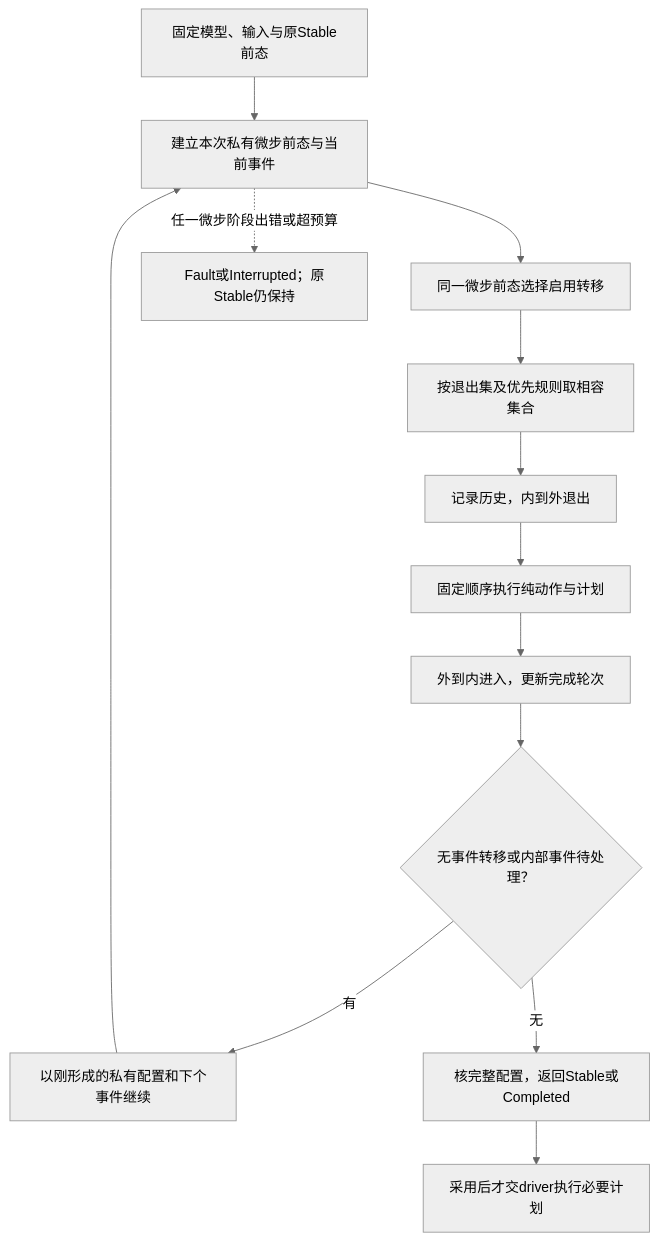
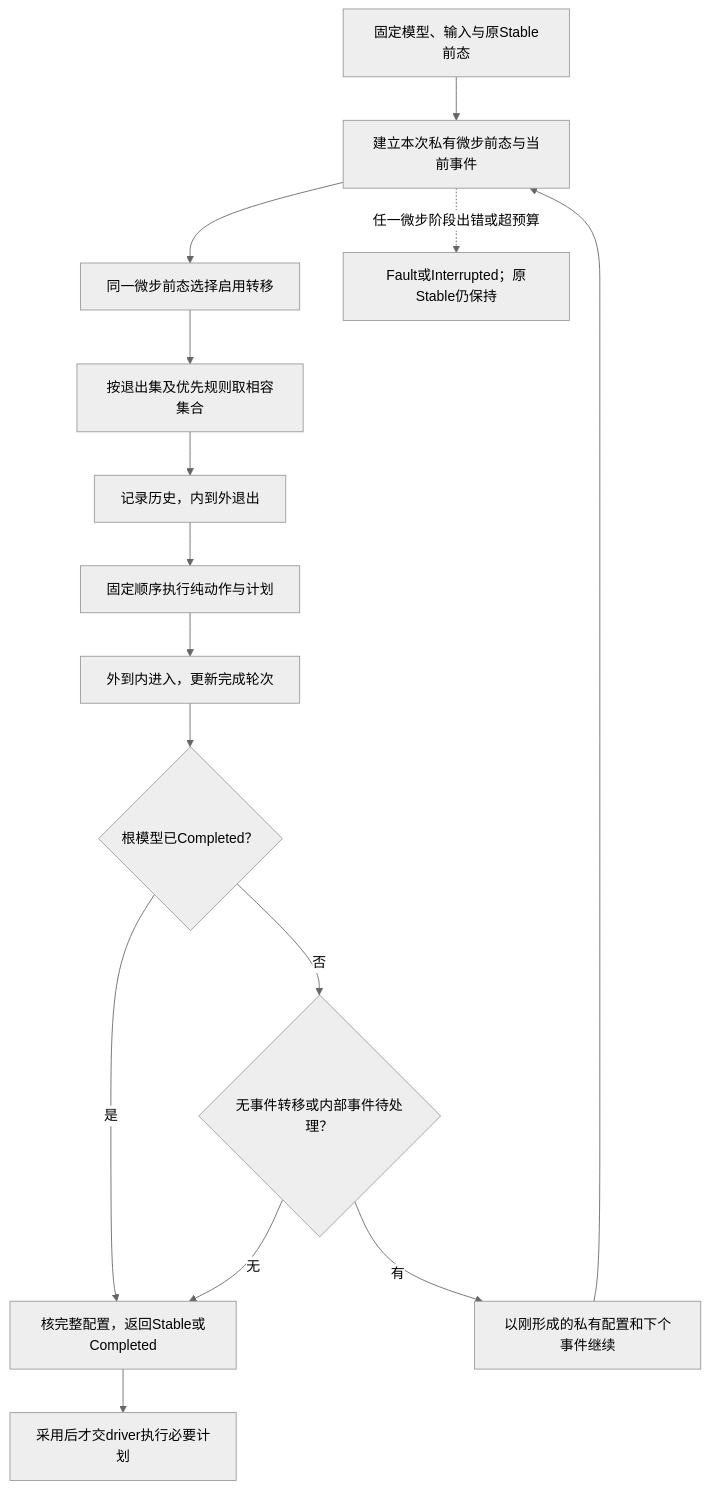
One commit to sec-platform/sec changed the second of 4 diagrams in docs/领域/状态关系与流/层级状态与事件.md. Above: the diagram before and after it, drawn with Mermaid (neutral theme). The commit also changed other lines of this file and 122 other files, not shown here.

First line of the commit message:
docs: unify system diagrams and remove redundant design text (#882)

````diff
--- a/docs/领域/状态关系与流/层级状态与事件.md
+++ b/docs/领域/状态关系与流/层级状态与事件.md
@@ -224,15 +224,17 @@
 ```mermaid
 flowchart TB
  Before["固定模型、输入与原Stable前态"] --> Work["建立本次私有微步前态与当前事件"]
  Work --> Select["同一微步前态选择启用转移"]
  Select --> Compatible["按退出集及优先规则取相容集合"]
  Compatible --> Exit["记录历史，内到外退出"]
  Exit --> Action["固定顺序执行纯动作与计划"]
  Action --> Enter["外到内进入，更新完成轮次"]
- Enter --> More{"无事件转移或内部事件待处理？"}
+ Enter --> completed{"根模型已Completed？"}
+ completed -->|是| Stable
+ completed -->|否| More{"无事件转移或内部事件待处理？"}
  More -->|有| Next["以刚形成的私有配置和下个事件继续"]
  Next --> Work
  More -->|无| Stable["核完整配置，返回Stable或Completed"]
  Work -. "任一微步阶段出错或超预算" .-> Fault["Fault或Interrupted；原Stable仍保持"]
  Stable --> Driver["采用后才交driver执行必要计划"]
 ```
````
